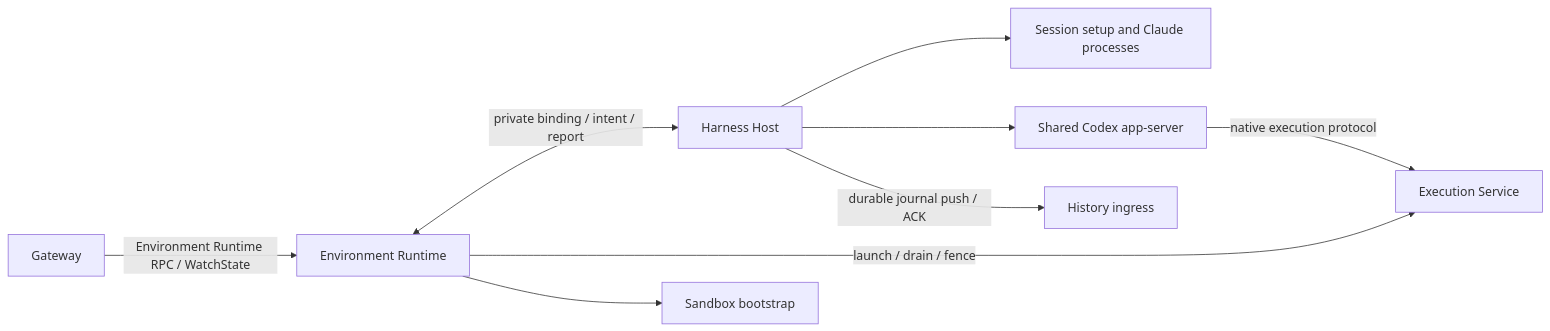
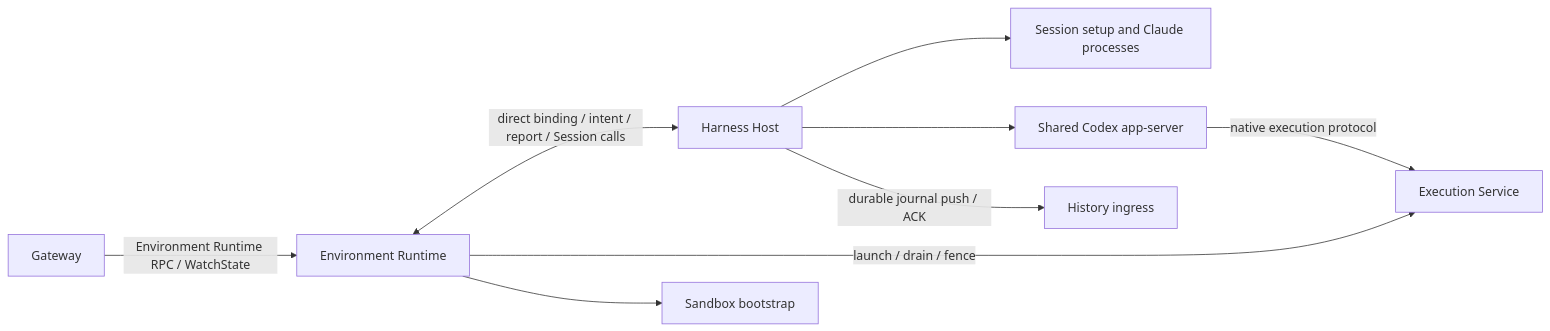
The first of 2 diagrams in agentplane/env/runtime/docs/lifecycle.md (agentydragon/ducktape), drawn with Mermaid before and after one commit. The commit also changed other lines of this file and 27 other files, not shown here.

Commit message:
Replace embedded Host sockets with direct lifecycle and Session calls

````diff
--- a/agentplane/env/runtime/docs/lifecycle.md
+++ b/agentplane/env/runtime/docs/lifecycle.md
@@ -8,11 +8,11 @@
 ```mermaid
 flowchart LR
   G[Gateway] -->|Environment Runtime RPC / WatchState| R[Environment Runtime]
-  R <-->|private binding / intent / report| H[Harness Host]
+  R <-->|direct binding / intent / report / Session calls| H[Harness Host]
   R -->|launch / drain / fence| E[Execution Service]
   R --> B[Sandbox bootstrap]
   H --> S[Session setup and Claude processes]
   H --> C[Shared Codex app-server]
   C -->|native execution protocol| E
   H -->|durable journal push / ACK| I[History ingress]
 ```
````
